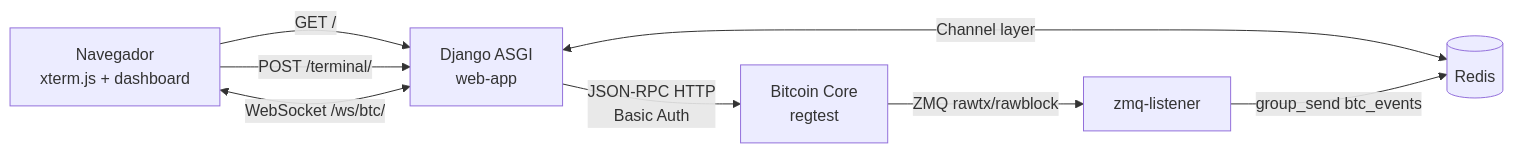
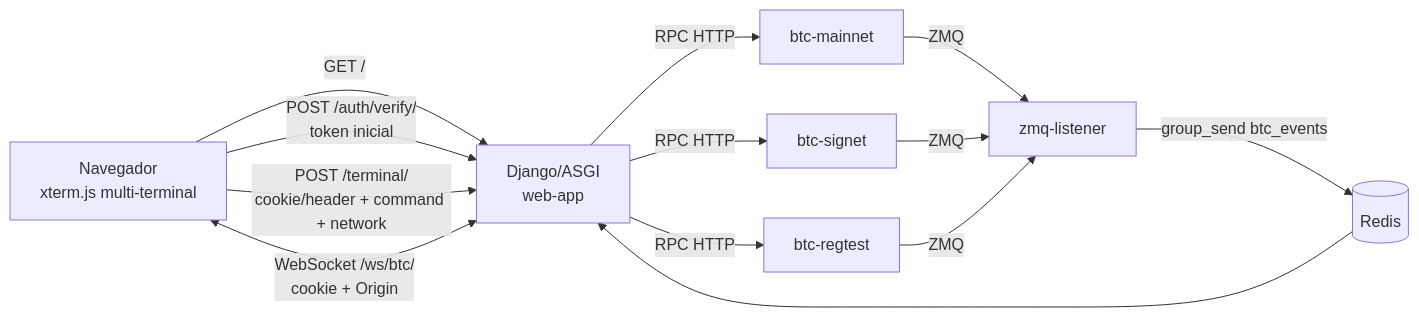
Before and after one commit to lyonpamplona/coreCraft_labs: the diagram in docs/arquitetura.md, drawn with Mermaid. The commit also changed other lines of this file and 26 other files, not shown here.

Commit message:
btc regtest

````diff
--- a/docs/arquitetura.md
+++ b/docs/arquitetura.md
@@ -9,10 +9,17 @@
 ```mermaid
 flowchart LR
-    Browser[Navegador<br>xterm.js + dashboard] -->|GET /| Web[Django ASGI<br>web-app]
-    Browser -->|POST /terminal/| Web
-    Browser <-->|WebSocket /ws/btc/| Web
-    Web -->|JSON-RPC HTTP<br>Basic Auth| BTC[Bitcoin Core<br>regtest]
-    Web <-->|Channel layer| Redis[(Redis)]
-    BTC -->|ZMQ rawtx/rawblock| Listener[zmq-listener]
-    Listener -->|group_send btc_events| Redis
+    Browser[Navegador<br>xterm.js multi-terminal] -->|GET /| Web[Django/ASGI<br>web-app]
+    Browser -->|POST /auth/verify/<br>token inicial| Web
+    Browser -->|POST /terminal/<br>cookie/header + command + network| Web
+    Browser <-->|WebSocket /ws/btc/<br>cookie + Origin| Web
+
+    Web -->|RPC HTTP| Main[btc-mainnet]
+    Web -->|RPC HTTP| Sig[btc-signet]
+    Web -->|RPC HTTP| Reg[btc-regtest]
+
+    Main -->|ZMQ| Listener[zmq-listener]
+    Sig -->|ZMQ| Listener
+    Reg -->|ZMQ| Listener
+    Listener -->|group_send btc_events| Redis[(Redis)]
+    Redis --> Web
 ```
````
